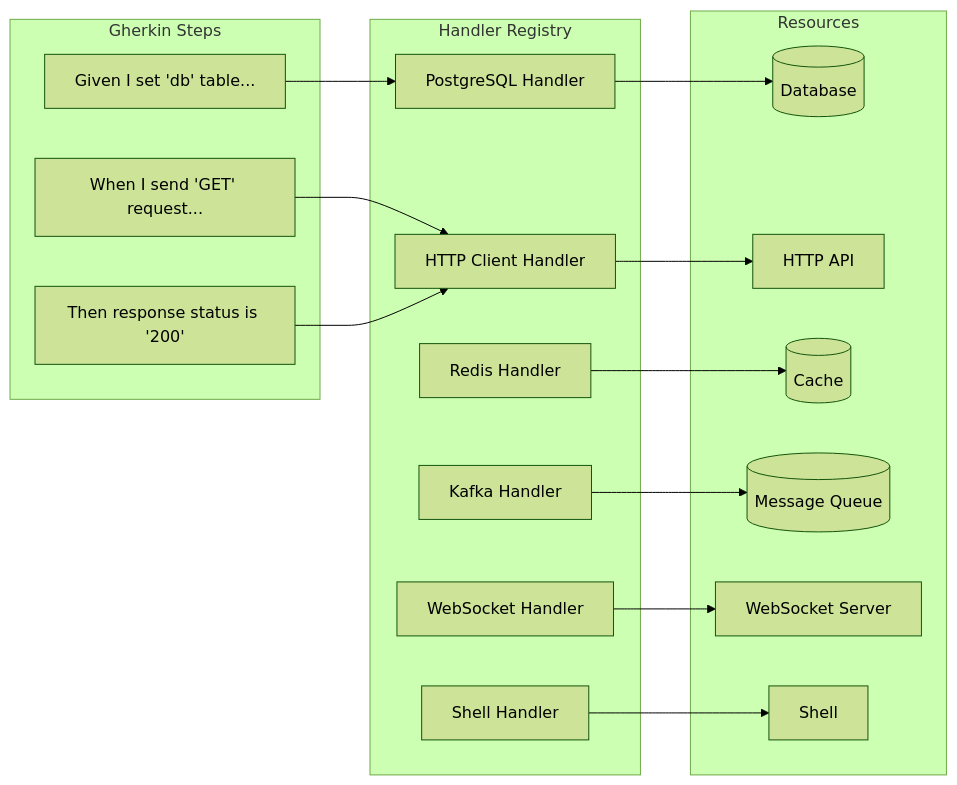
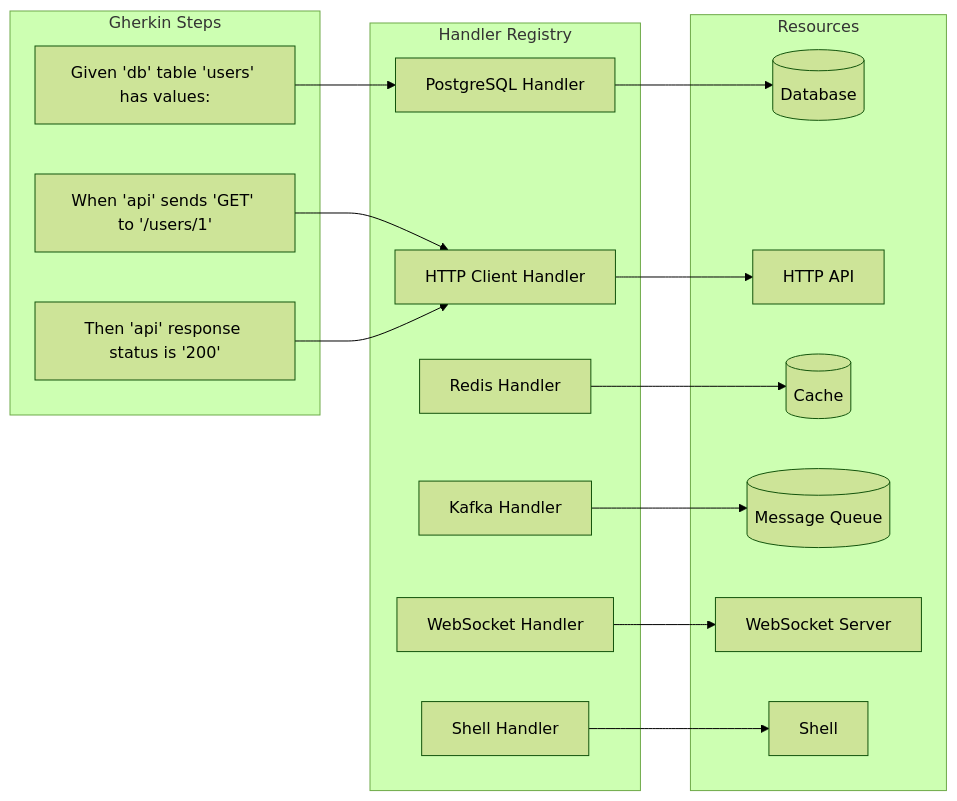
Before and after one commit to tomatool/tomato: the third of 9 diagrams in docs/developer-guide/architecture.md, drawn with Mermaid (forest theme). The commit also changed other lines of this file and 15 other files, not shown here.

````diff
--- a/docs/developer-guide/architecture.md
+++ b/docs/developer-guide/architecture.md
@@ -124,37 +142,37 @@
 ```mermaid
 flowchart LR
     subgraph Steps["Gherkin Steps"]
-        S1["Given I set 'db' table..."]
-        S2["When I send 'GET' request..."]
-        S3["Then response status is '200'"]
+        S1["Given 'db' table 'users' has values:"]
+        S2["When 'api' sends 'GET' to '/users/1'"]
+        S3["Then 'api' response status is '200'"]
     end
 
     subgraph Handlers["Handler Registry"]
         PG[PostgreSQL Handler]
         HTTP[HTTP Client Handler]
         REDIS[Redis Handler]
         KAFKA[Kafka Handler]
         WS[WebSocket Handler]
         SHELL[Shell Handler]
     end
 
     subgraph Resources["Resources"]
         DB[(Database)]
         API[HTTP API]
         CACHE[(Cache)]
         MQ[(Message Queue)]
         WSS[WebSocket Server]
         CMD[Shell]
     end
 
     S1 --> PG
     S2 --> HTTP
     S3 --> HTTP
 
     PG --> DB
     HTTP --> API
     REDIS --> CACHE
     KAFKA --> MQ
     WS --> WSS
     SHELL --> CMD
 ```
````
